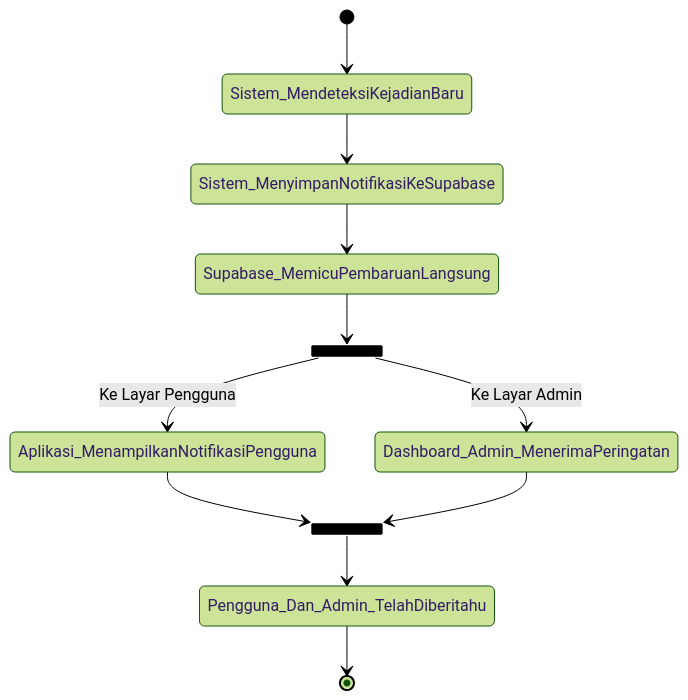
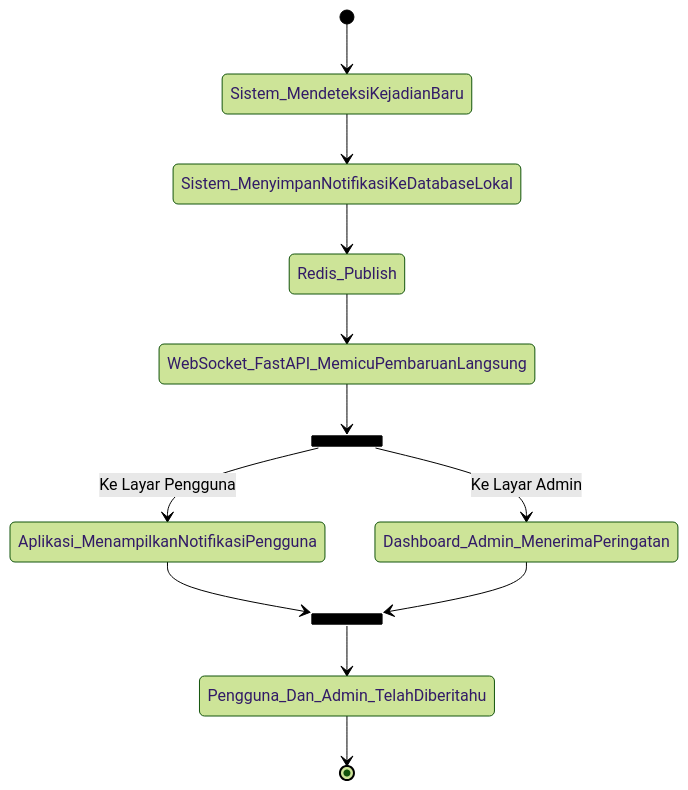
Before and after one commit to marhel28/kerjakpraktek: the diagram in docs/architecture/activity-user-notification.md, drawn with Mermaid (forest theme). The commit also changed other lines of this file and 43 other files, not shown here.

Commit message:
feat(notifications): replace Supabase realtime with local WebSocket and DB

````diff
--- a/docs/architecture/activity-user-notification.md
+++ b/docs/architecture/activity-user-notification.md
@@ -3,22 +3,23 @@
 ```mermaid
 stateDiagram-v2
     direction TB
     
     [*] --> Sistem_MendeteksiKejadianBaru
-    Sistem_MendeteksiKejadianBaru --> Sistem_MenyimpanNotifikasiKeSupabase
+    Sistem_MendeteksiKejadianBaru --> Sistem_MenyimpanNotifikasiKeDatabaseLokal
     
-    Sistem_MenyimpanNotifikasiKeSupabase --> Supabase_MemicuPembaruanLangsung
+    Sistem_MenyimpanNotifikasiKeDatabaseLokal --> Redis_Publish
+    Redis_Publish --> WebSocket_FastAPI_MemicuPembaruanLangsung
     
     state pengiriman_paralel <<fork>>
-    Supabase_MemicuPembaruanLangsung --> pengiriman_paralel
+    WebSocket_FastAPI_MemicuPembaruanLangsung --> pengiriman_paralel
     
     pengiriman_paralel --> Aplikasi_MenampilkanNotifikasiPengguna : Ke Layar Pengguna
     pengiriman_paralel --> Dashboard_Admin_MenerimaPeringatan : Ke Layar Admin
     
     state pengiriman_selesai <<join>>
     Aplikasi_MenampilkanNotifikasiPengguna --> pengiriman_selesai
     Dashboard_Admin_MenerimaPeringatan --> pengiriman_selesai
     
     pengiriman_selesai --> Pengguna_Dan_Admin_TelahDiberitahu
     Pengguna_Dan_Admin_TelahDiberitahu --> [*]
 ```
````
